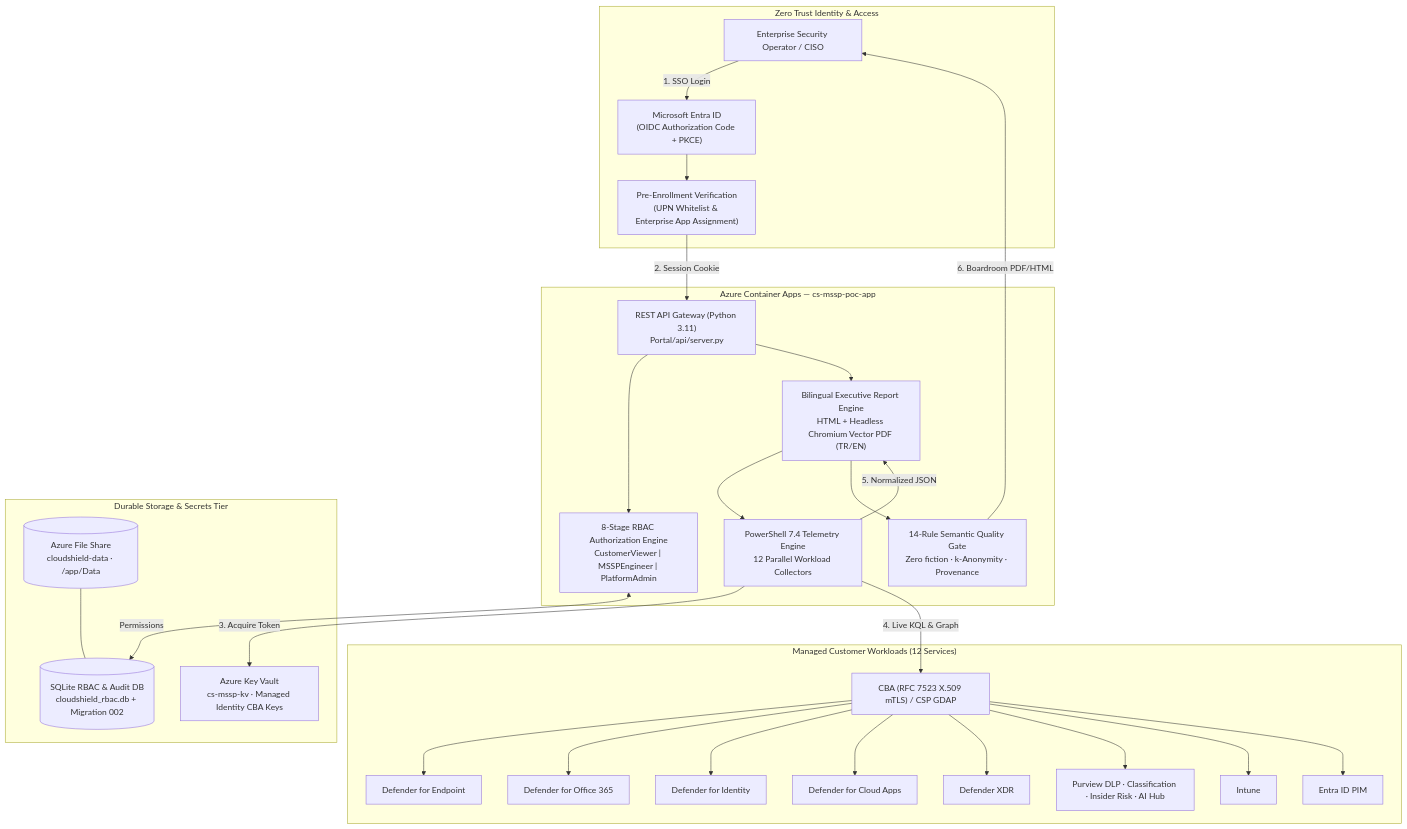
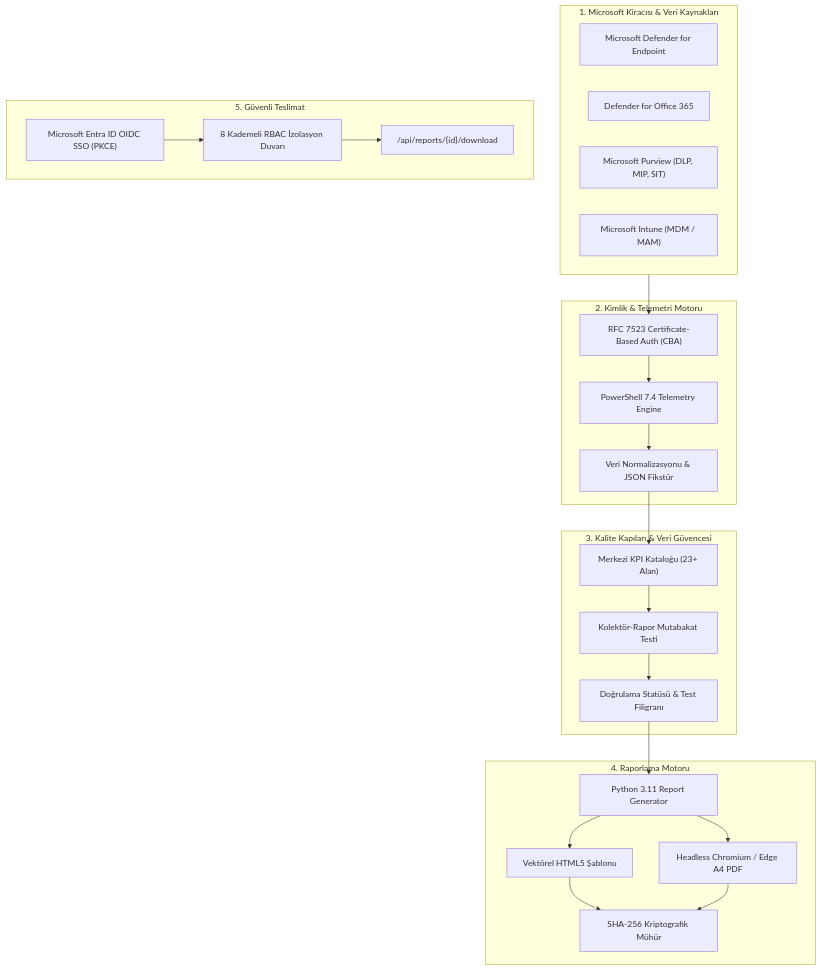
One commit to canercetinkaya/cloudshield-mssp-portal changed the diagram in README.md. Above: the diagram before and after it, drawn with Mermaid. The commit also changed other lines of this file and 10 other files, not shown here.

First line of the commit message:
docs(branding): CloudShield Security Reporting Platform urun vitrini ve tam dokumantasyon seti

````diff
--- a/README.md
+++ b/README.md
@@ -49,45 +92,38 @@
 ```mermaid
 flowchart TD
-    subgraph Identity ["Zero Trust Identity & Access"]
-        CISO["Enterprise Security Operator / CISO"]
-        EntraID["Microsoft Entra ID\n(OIDC Authorization Code + PKCE)"]
-        PreEnroll["Pre-Enrollment Verification\n(UPN Whitelist & Enterprise App Assignment)"]
+    subgraph Sources ["1. Microsoft Kiracısı & Veri Kaynakları"]
+        MDE["Microsoft Defender for Endpoint"]
+        MDO["Defender for Office 365"]
+        PRV["Microsoft Purview (DLP, MIP, SIT)"]
+        INT["Microsoft Intune (MDM / MAM)"]
     end
 
-    subgraph ACA ["Azure Container Apps — cs-mssp-poc-app"]
-        APIGateway["REST API Gateway (Python 3.11)\nPortal/api/server.py"]
-        RBACEngine["8-Stage RBAC Authorization Engine\nCustomerViewer | MSSPEngineer | PlatformAdmin"]
-        ReportEngine["Bilingual Executive Report Engine\nHTML + Headless Chromium Vector PDF (TR/EN)"]
-        PSCollector["PowerShell 7.4 Telemetry Engine\n12 Parallel Workload Collectors"]
-        QualityGate["14-Rule Semantic Quality Gate\nZero fiction · k-Anonymity · Provenance"]
+    subgraph Ingestion ["2. Kimlik & Telemetri Motoru"]
+        CBA["RFC 7523 Certificate-Based Auth (CBA)"]
+        PSMotor["PowerShell 7.4 Telemetry Engine"]
+        Normalize["Veri Normalizasyonu & JSON Fikstür"]
     end
 
-    subgraph Storage ["Durable Storage & Secrets Tier"]
-        AzureFiles[("Azure File Share\ncloudshield-data · /app/Data")]
-        SQLiteDB[("SQLite RBAC & Audit DB\ncloudshield_rbac.db + Migration 002")]
-        KeyVault["Azure Key Vault\ncs-mssp-kv · Managed Identity CBA Keys"]
+    subgraph Quality ["3. Kalite Kapıları & Veri Güvencesi"]
+        Catalog["Merkezi KPI Kataloğu (23+ Alan)"]
+        Reconciliation["Kolektör-Rapor Mutabakat Testi"]
+        Watermark["Doğrulama Statüsü & Test Filigranı"]
     end
 
-    subgraph Tenants ["Managed Customer Workloads (12 Services)"]
-        CBA["CBA (RFC 7523 X.509 mTLS) / CSP GDAP"]
-        MDE["Defender for Endpoint"] & MDO["Defender for Office 365"]
-        MDI["Defender for Identity"] & MDCA["Defender for Cloud Apps"]
-        XDR["Defender XDR"] & Purview["Purview DLP · Classification · Insider Risk · AI Hub"]
-        Intune["Intune"] & EntraPIM["Entra ID PIM"]
+    subgraph Generation ["4. Raporlama Motoru"]
+        RepGen["Python 3.11 Report Generator"]
+        HTMLOut["Vektörel HTML5 Şablonu"]
+        PDFOut["Headless Chromium / Edge A4 PDF"]
+        Seal["SHA-256 Kriptografik Mühür"]
     end
 
-    CISO -->|1. SSO Login| EntraID
-    EntraID --> PreEnroll
-    PreEnroll -->|2. Session Cookie| APIGateway
-    APIGateway --> RBACEngine
-    RBACEngine <-->|Permissions| SQLiteDB
-    APIGateway --> ReportEngine
-    ReportEngine --> PSCollector
-    PSCollector -->|3. Acquire Token| KeyVault
-    PSCollector -->|4. Live KQL & Graph| CBA
-    CBA --> MDE & MDO & MDI & MDCA & XDR & Purview & Intune & EntraPIM
-    PSCollector -->|5. Normalized JSON| ReportEngine
-    ReportEngine --> QualityGate
-    QualityGate -->|6. Boardroom PDF/HTML| CISO
-    AzureFiles --- SQLiteDB
+    subgraph Delivery ["5. Güvenli Teslimat"]
+        EntraSSO["Microsoft Entra ID OIDC SSO (PKCE)"]
+        RBAC["8 Kademeli RBAC İzolasyon Duvarı"]
+        SecureDownload["/api/reports/{id}/download"]
+    end
+
+    Sources --> CBA --> PSMotor --> Normalize --> Catalog --> Reconciliation --> Watermark --> RepGen
+    RepGen --> HTMLOut & PDFOut --> Seal
+    EntraSSO --> RBAC --> SecureDownload
 ```
````
